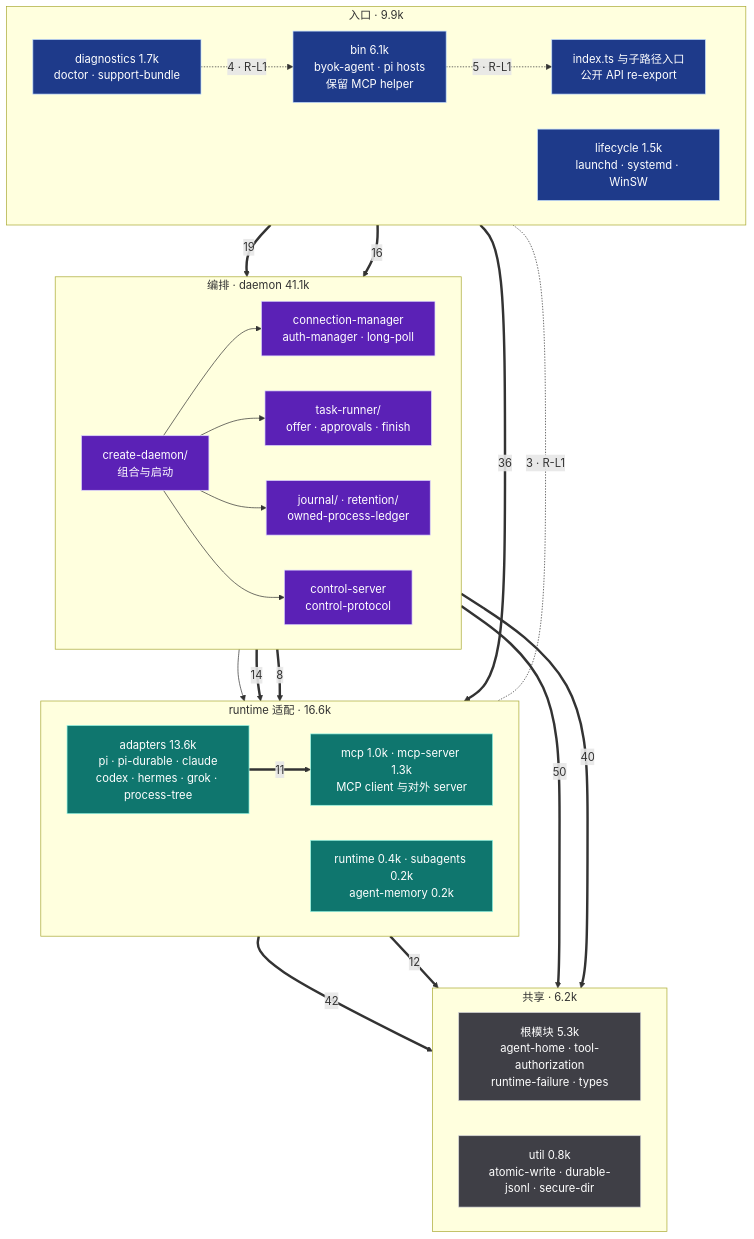
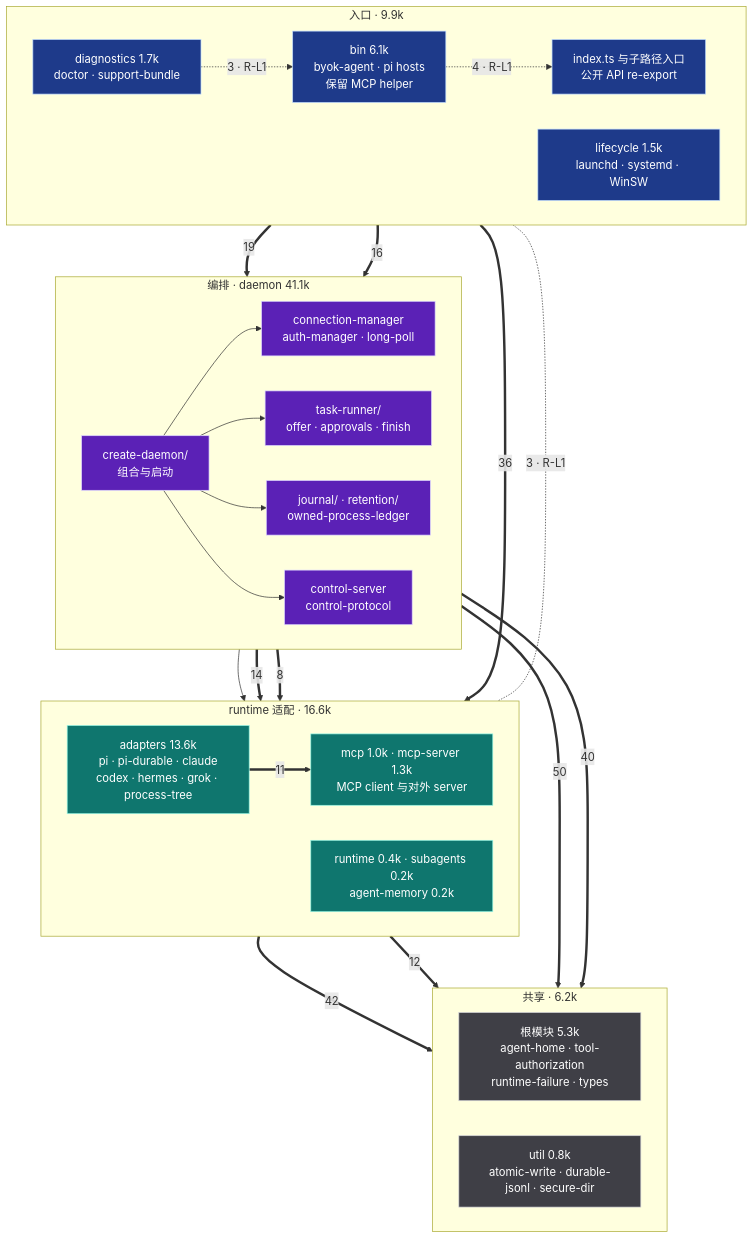
Before and after one commit to Ancienttwo/byok-sdk: the second of 7 diagrams in docs/architecture/layered-architecture.md, drawn with Mermaid. The commit also changed other lines of this file and 8 other files, not shown here.

````diff
--- a/docs/architecture/layered-architecture.md
+++ b/docs/architecture/layered-architecture.md
@@ -140,56 +140,56 @@
 ```mermaid
 flowchart TB
   classDef entry fill:#1e3a8a,stroke:#bfdbfe,color:#fff
   classDef orch fill:#5b21b6,stroke:#ddd6fe,color:#fff
   classDef adapt fill:#0f766e,stroke:#99f6e4,color:#fff
   classDef util fill:#3f3f46,stroke:#d4d4d8,color:#fff
 
   subgraph E["入口 · 9.9k"]
     direction LR
     Bin["bin 6.1k<br/>byok-agent · pi hosts<br/>保留 MCP helper"]:::entry
     Idx["index.ts 与子路径入口<br/>公开 API re-export"]:::entry
     Life["lifecycle 1.5k<br/>launchd · systemd · WinSW"]:::entry
     Diag["diagnostics 1.7k<br/>doctor · support-bundle"]:::entry
   end
 
   subgraph O["编排 · daemon 41.1k"]
     direction LR
     CD["create-daemon/<br/>组合与启动"]:::orch
     Conn["connection-manager<br/>auth-manager · long-poll"]:::orch
     TR["task-runner/<br/>offer · approvals · finish"]:::orch
     Jr["journal/ · retention/<br/>owned-process-ledger"]:::orch
     Ctl["control-server<br/>control-protocol"]:::orch
   end
 
   subgraph A["runtime 适配 · 16.6k"]
     direction LR
     Ad["adapters 13.6k<br/>pi · pi-durable · claude<br/>codex · hermes · grok · process-tree"]:::adapt
     Mcp["mcp 1.0k · mcp-server 1.3k<br/>MCP client 与对外 server"]:::adapt
     Sub["runtime 0.4k · subagents 0.2k<br/>agent-memory 0.2k"]:::adapt
   end
 
   subgraph S["共享 · 6.2k"]
     direction LR
     Root["根模块 5.3k<br/>agent-home · tool-authorization<br/>runtime-failure · types"]:::util
     Util["util 0.8k<br/>atomic-write · durable-jsonl · secure-dir"]:::util
   end
 
   Bin ==>|"19"| O
   Bin ==>|"36"| Ad
   Diag ==>|"16"| O
   CD --> Conn
   CD --> TR
   CD --> Jr
   CD --> Ctl
   TR --> Ad
   O ==>|"14"| Ad
   O ==>|"8"| Mcp
   Ad ==>|"11"| Mcp
   O ==>|"50"| Root
   Ad ==>|"42"| Root
   O ==>|"40"| Util
   Ad ==>|"12"| Util
   Bin <-.-|"3 · R-L1"| Sub
-  Diag -.->|"4 · R-L1"| Bin
-  Bin -.->|"5 · R-L1"| Idx
+  Diag -.->|"3 · R-L1"| Bin
+  Bin -.->|"4 · R-L1"| Idx
 ```
````
